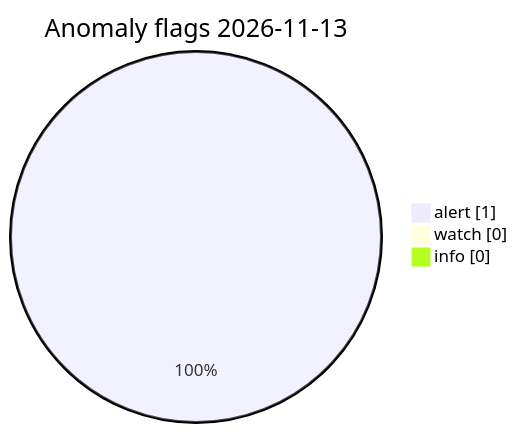
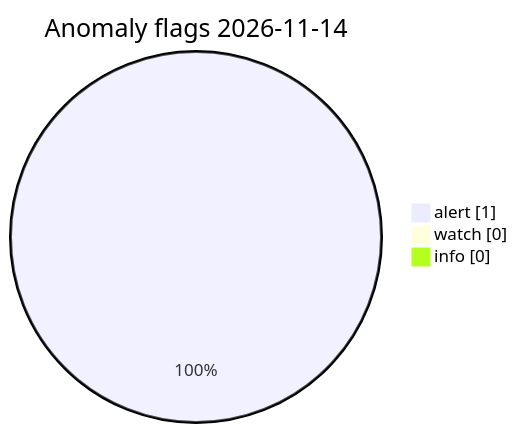
One commit to Midwest-Stratospheric/Unified-Open-Global-Weather changed the diagram in visuals/latest/CHARTS.md. Above: the diagram before and after it, drawn with Mermaid. The commit also changed other lines of this file and 23 other files, not shown here.

Commit message:
data(visuals): automated charts 2026-11-14T11:51Z

````diff
--- a/visuals/latest/CHARTS.md
+++ b/visuals/latest/CHARTS.md
@@ -73,7 +73,7 @@
 ```mermaid
 pie showData
-  title Anomaly flags 2026-11-13
+  title Anomaly flags 2026-11-14
   "alert" : 1
   "watch" : 0
   "info" : 0
 ```
````
